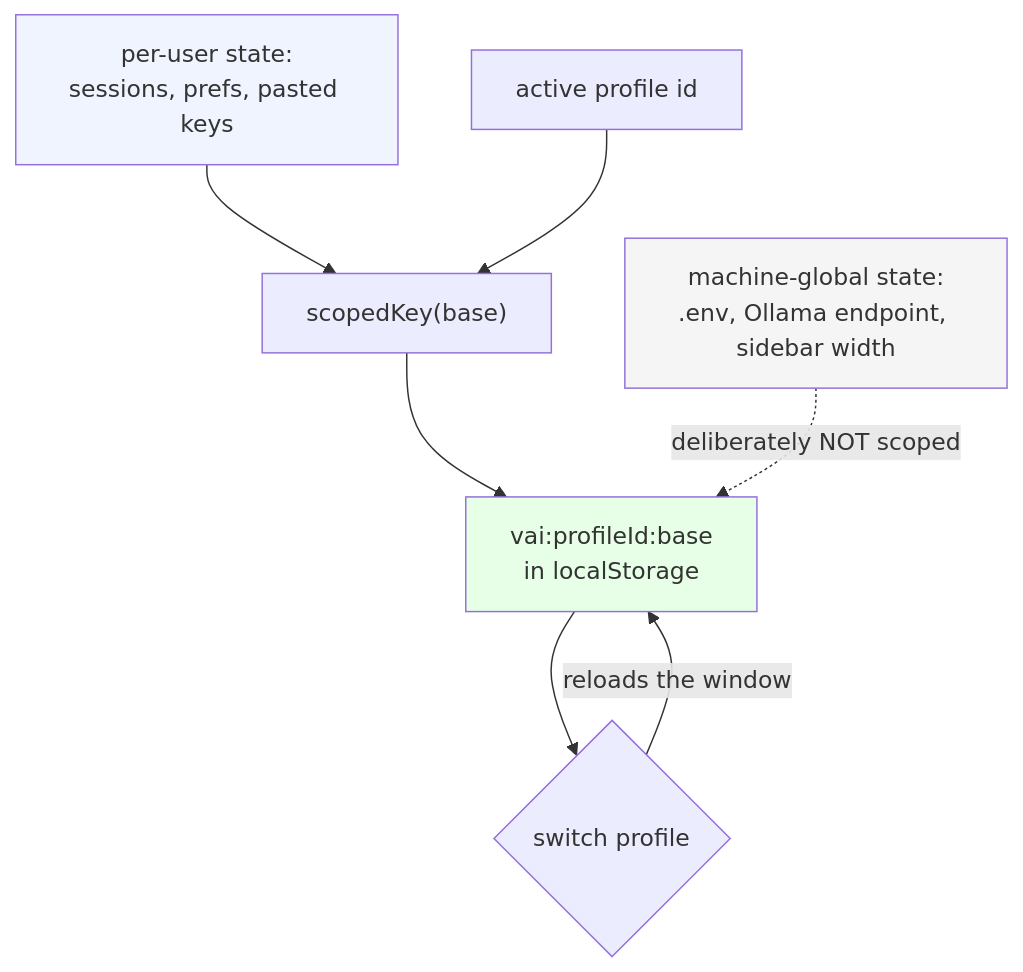
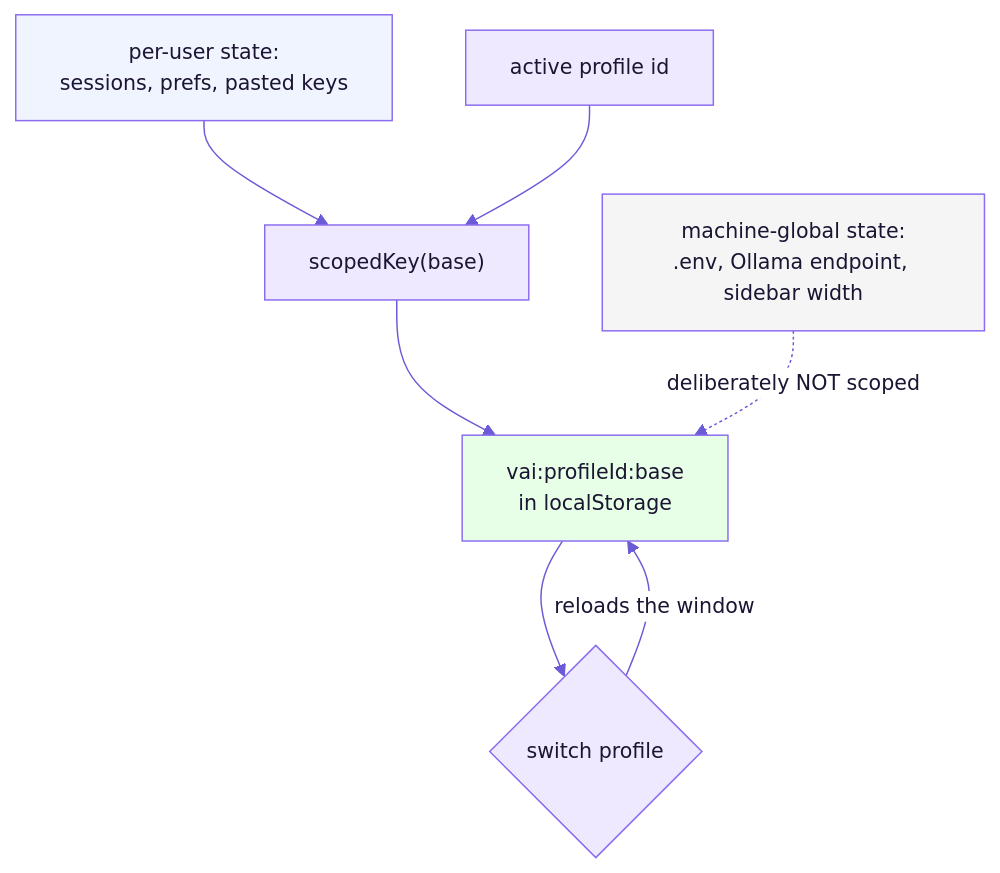
Before and after one commit to jacobcowanr/ValhallaAI: the fourth of 9 diagrams in CONTRIBUTING.md, drawn with Mermaid. The commit also changed other lines of this file and 5 other files, not shown here.

````diff
--- a/CONTRIBUTING.md
+++ b/CONTRIBUTING.md
@@ -193,24 +263,25 @@
 ```mermaid
+%%{init: {'fontFamily':'Arial, Helvetica, sans-serif','theme':'base','themeVariables':{'primaryColor':'#efe9ff','primaryTextColor':'#1b1533','primaryBorderColor':'#8b6cef','lineColor':'#6b5bd6','secondaryColor':'#e4eaff','tertiaryColor':'#f7f5ff','edgeLabelBackground':'#ffffff','fontFamily':'Arial, Helvetica, sans-serif','fontSize':'14px','noteBkgColor':'#fff6dc','noteTextColor':'#3a2f00','actorBkg':'#efe9ff','actorBorder':'#8b6cef','actorTextColor':'#1b1533','signalColor':'#4a3fb0','signalTextColor':'#1b1533','xyChart':{'backgroundColor':'#ffffff','plotColorPalette':'#8b6cef','titleColor':'#1b1533','xAxisLabelColor':'#1b1533','yAxisLabelColor':'#1b1533','xAxisTitleColor':'#1b1533','yAxisTitleColor':'#1b1533','xAxisLineColor':'#6b5bd6','yAxisLineColor':'#6b5bd6','xAxisTickColor':'#6b5bd6','yAxisTickColor':'#6b5bd6'}}}}%%
 flowchart TD
     accTitle: How one localStorage key becomes per-profile
     accDescr {
         Every piece of per-user state asks scopedKey for its real key at module
         load, and scopedKey prefixes it with the active profile id. Two profiles
         therefore hold different chat history, keys and preferences on one
         machine with no server. A piece of state that is global to the machine,
         such as the env file or the Ollama endpoint, deliberately bypasses
         scoping. Switching profiles reloads the window rather than re-reading
         the stores in place, because a module that missed the change would
         serve the previous profile's data.
     }
     State["per-user state:<br/>sessions, prefs, pasted keys"] --> Scoped["scopedKey(base)"]
     Profile["active profile id"] --> Scoped
     Scoped --> Real["vai:profileId:base<br/>in localStorage"]
     Global["machine-global state:<br/>.env, Ollama endpoint, sidebar width"] -.->|"deliberately NOT scoped"| Real
     Real --> Switch{"switch profile"}
     Switch -->|"reloads the window"| Real
 
     style State fill:#f0f4ff
     style Real fill:#e6ffe6
     style Global fill:#f5f5f5
 ```
````
